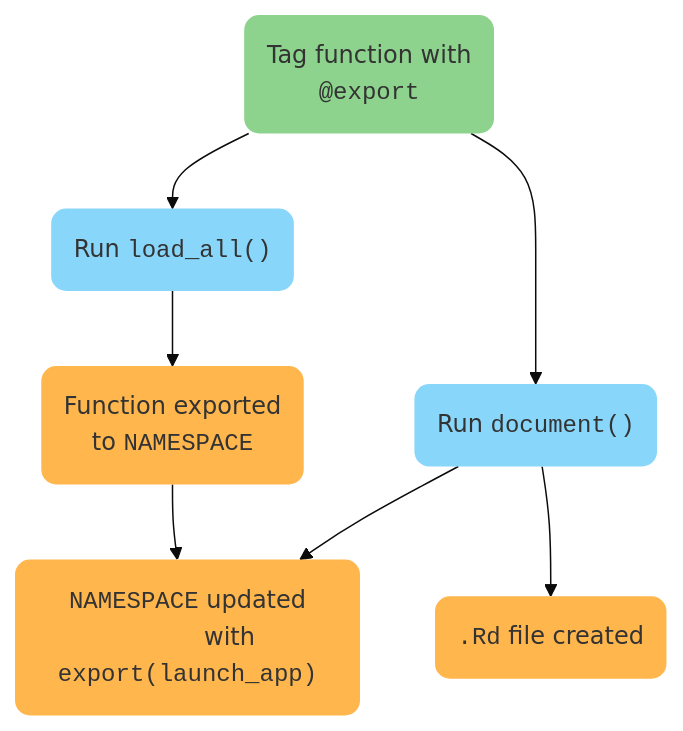
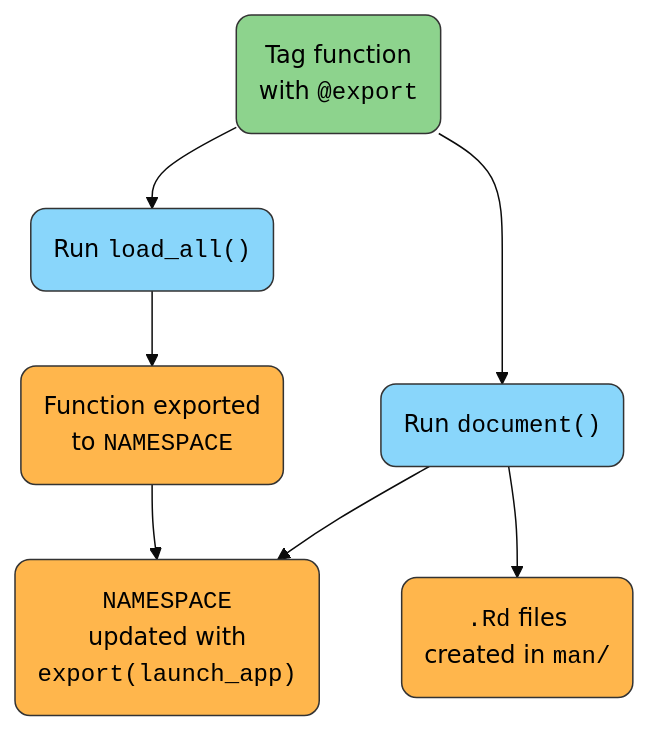
The second of 3 diagrams in dependencies.qmd (mjfrigaard/shiny-app-pkgs), drawn with Mermaid before and after one commit. The commit also changed other lines of this file and 23 other files, not shown here.

````diff
--- a/dependencies.qmd
+++ b/dependencies.qmd
@@ -516,31 +516,32 @@
 ```{mermaid}
-%%| fig-width: 6.5
 %%| fig-align: center
-%%| fig-cap: 'The `@export` tag makes a function available to anyone using our package'
-%%{init: {'theme': 'base', 'themeVariables': { 'fontFamily': 'Inconsolata', 'primaryColor': '#89D6FB', 'edgeLabelBackground':'#02577A'}}}%%
+%%| fig-cap: 'What @export does'
+%%{init: {'theme': 'base', 'themeVariables': { 'fontFamily': 'monospace', 'primaryColor': '#33a02c', 'edgeLabelBackground':'#02577A'}}}%%
 
-flowchart TD
-  Tag("Tag function with
-       <code>@export</code>")
+flowchart
+  Tag("Tag function 
+	  with <code>@export</code>")
   LoadAll("Run <code>load_all()</code>")
   Document("Run <code>document()</code>")
   Exported("Function exported 
             to <code>NAMESPACE</code>")
-  NAMESPACE("<code>NAMESPACE</code> updated
-            with <code>export(launch_app)</code>")
-  RdFile("<code>.Rd</code> file created")
+  NAMESPACE("<code>NAMESPACE</code> 
+            updated with 
+            <code>export(launch_app)</code>")
+  RdFile("<code>.Rd</code> files 
+	     created in <code>man/</code>")
 
   Tag --> LoadAll
   Tag --> Document
   LoadAll --> Exported
   Document --> NAMESPACE
   Document --> RdFile
   Exported --> NAMESPACE
   
-  style Tag fill:#8dd38d,stroke:none,rx:10,ry:10;
-  style LoadAll fill:#89D6FB,stroke:none,rx:10,ry:10;
-  style Document fill:#89D6FB,stroke:none,rx:10,ry:10;
-  style Exported fill:#FFB64C,stroke:none,rx:10,ry:10;
-  style NAMESPACE fill:#FFB64C,stroke:none,rx:10,ry:10;
-  style RdFile fill:#FFB64C,stroke:none,rx:10,ry:10;
+  style Tag fill:#8dd38d,color:#000000,stroke:#333,stroke-width:1px,rx:10,ry:10
+  style LoadAll fill:#89D6FB,color:#000000,stroke:#333,stroke-width:1px,rx:10,ry:10
+  style Document fill:#89D6FB,color:#000000,stroke:#333,stroke-width:1px,rx:10,ry:10
+  style Exported fill:#FFB64C,color:#000000,stroke:#333,stroke-width:1px,rx:10,ry:10
+  style NAMESPACE fill:#FFB64C,color:#000000,stroke:#333,stroke-width:1px,rx:10,ry:10
+  style RdFile fill:#FFB64C,color:#000000,stroke:#333,stroke-width:1px,rx:10,ry:10
 ```
````
